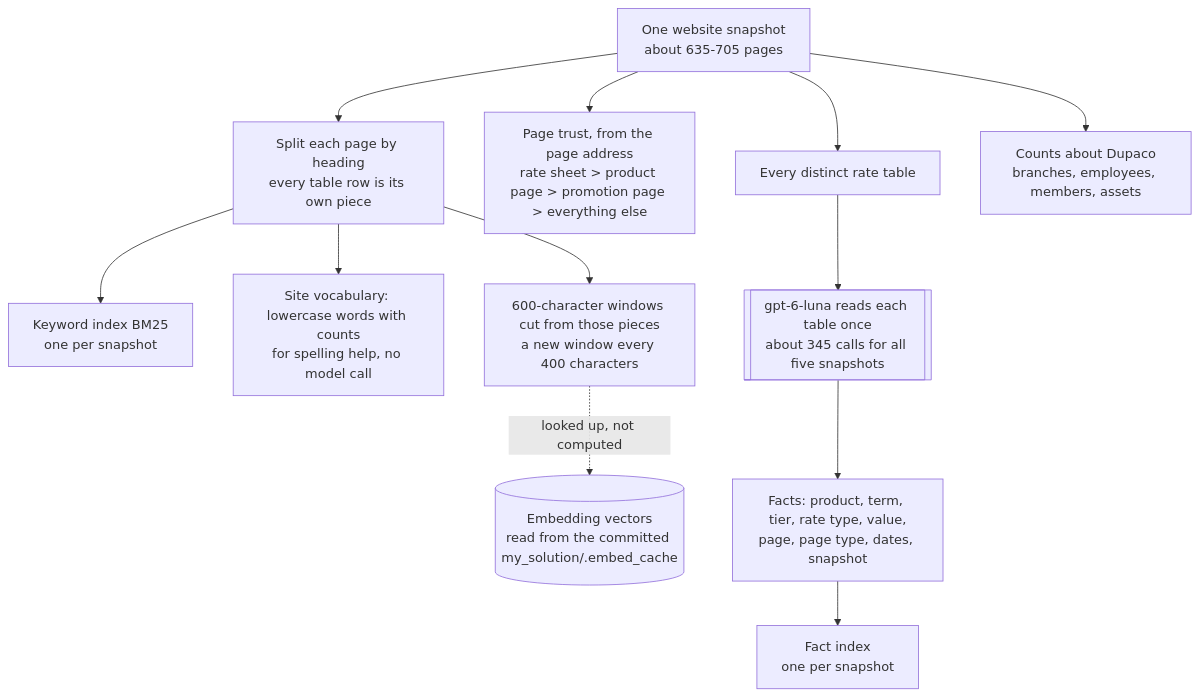
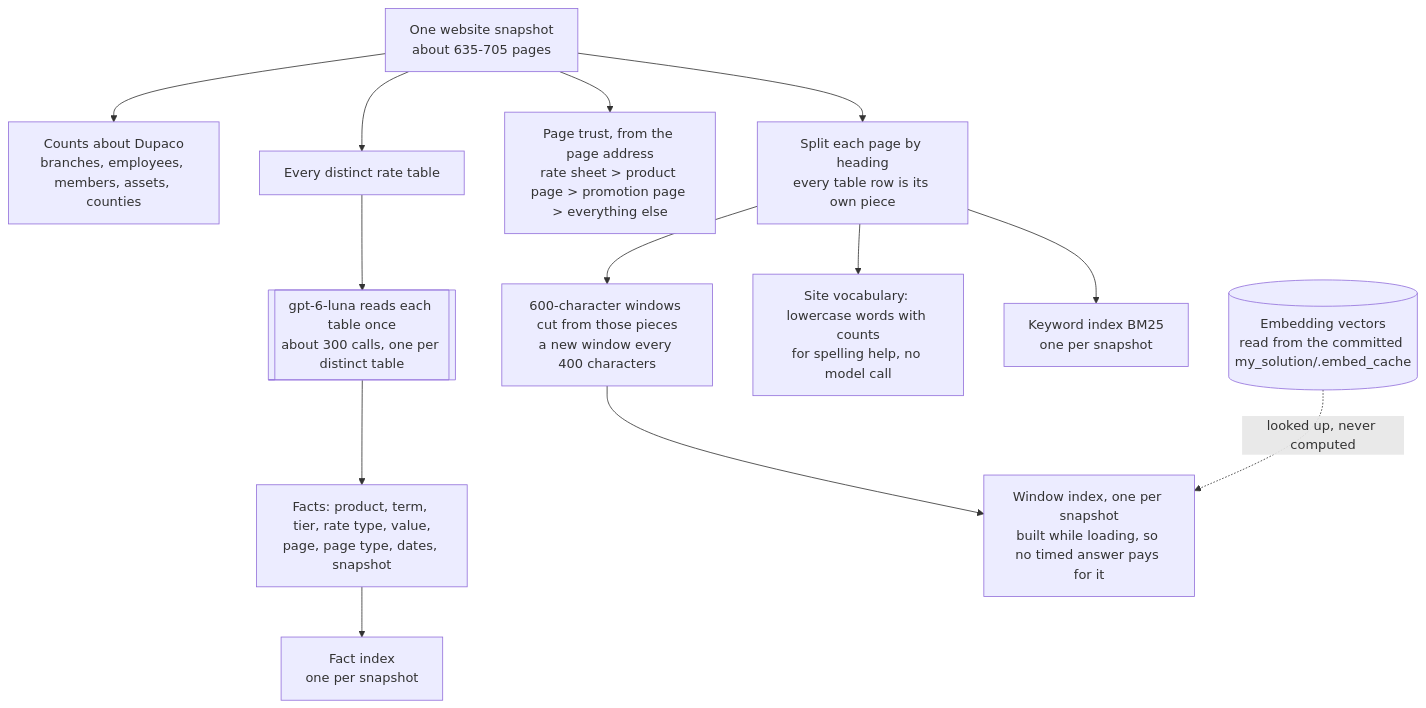
The first of 3 diagrams in workflow.md (ajayp/interface-submission), drawn with Mermaid before and after one commit. The commit also changed other lines of this file and 42 other files, not shown here.

First line of the commit message:
Revisions: remove internal notes, fix diagrams and docs, rewrite NOTES

````diff
--- a/workflow.md
+++ b/workflow.md
@@ -10,14 +10,15 @@
 ```mermaid
 flowchart TD
     S[One website snapshot<br/>about 635-705 pages] --> SPLIT[Split each page by heading<br/>every table row is its own piece]
     SPLIT --> BM[Keyword index BM25<br/>one per snapshot]
     SPLIT --> VOC[Site vocabulary: lowercase words with counts<br/>for spelling help, no model call]
     S --> RANK[Page trust, from the page address<br/>rate sheet > product page > promotion page > everything else]
     S --> TABLES[Every distinct rate table]
-    TABLES --> LLM1[[gpt-6-luna reads each table once<br/>about 345 calls for all five snapshots]]
+    TABLES --> LLM1[[gpt-6-luna reads each table once<br/>about 300 calls, one per distinct table]]
     LLM1 --> FACTS[Facts: product, term, tier, rate type, value,<br/>page, page type, dates, snapshot]
     FACTS --> FIDX[Fact index<br/>one per snapshot]
-    S --> COUNTS[Counts about Dupaco<br/>branches, employees, members, assets]
+    S --> COUNTS[Counts about Dupaco<br/>branches, employees, members, assets, counties]
     SPLIT --> WIN[600-character windows cut from those pieces<br/>a new window every 400 characters]
-    WIN -.looked up, not computed.-> EMB[(Embedding vectors<br/>read from the committed my_solution/.embed_cache)]
+    WIN --> WIDX[Window index, one per snapshot<br/>built while loading, so no timed answer pays for it]
+    EMB[(Embedding vectors<br/>read from the committed my_solution/.embed_cache)] -.looked up, never computed.-> WIDX
 ```
````
